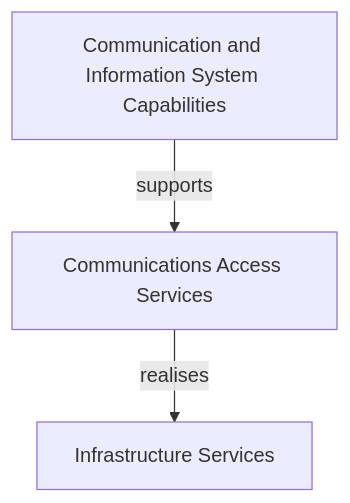
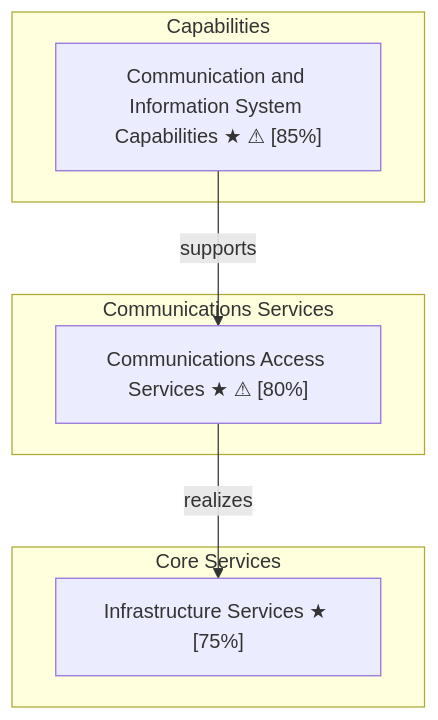
The diagram in docs/en/EXAMPLES.md (carstenartur/Taxonomy), drawn with Mermaid before and after one commit. The commit also changed other lines of this file and 11 other files, not shown here.

First line of the commit message:
Internationalize Mermaid export: add MermaidLabels, localized layer/relation labels, hotspot markers, update README showcase and docs

````diff
--- a/docs/en/EXAMPLES.md
+++ b/docs/en/EXAMPLES.md
@@ -329,8 +329,14 @@
 ```mermaid
 graph TD
-    CP-1023["Communication and Information System Capabilities"]
-    CO-1011["Communications Access Services"]
-    CR-1047["Infrastructure Services"]
-    CP-1023 -->|supports| CO-1011
-    CO-1011 -->|realises| CR-1047
+    subgraph Capabilities["Capabilities"]
+        CP_1023["Communication and Information System Capabilities ★ ⚠ [85%]"]
+    end
+    subgraph Communications_Services["Communications Services"]
+        CO_1011["Communications Access Services ★ ⚠ [80%]"]
+    end
+    subgraph Core_Services["Core Services"]
+        CR_1047["Infrastructure Services ★ [75%]"]
+    end
+    CP_1023 -->|supports| CO_1011
+    CO_1011 -->|realizes| CR_1047
 ```
````
